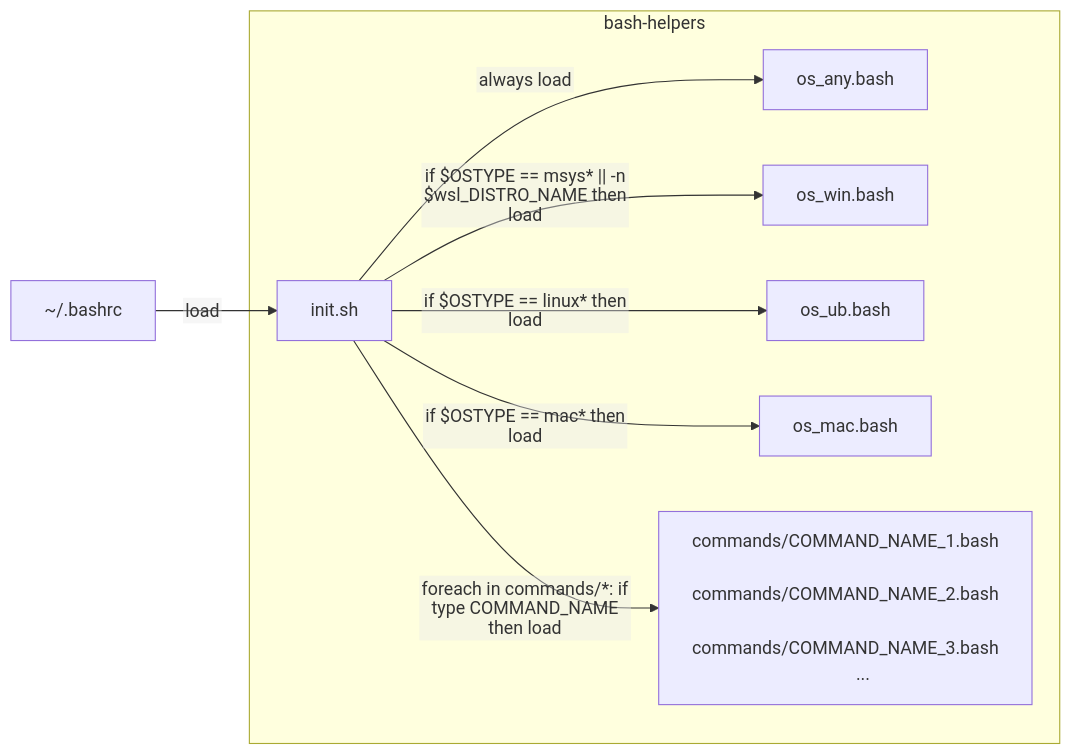
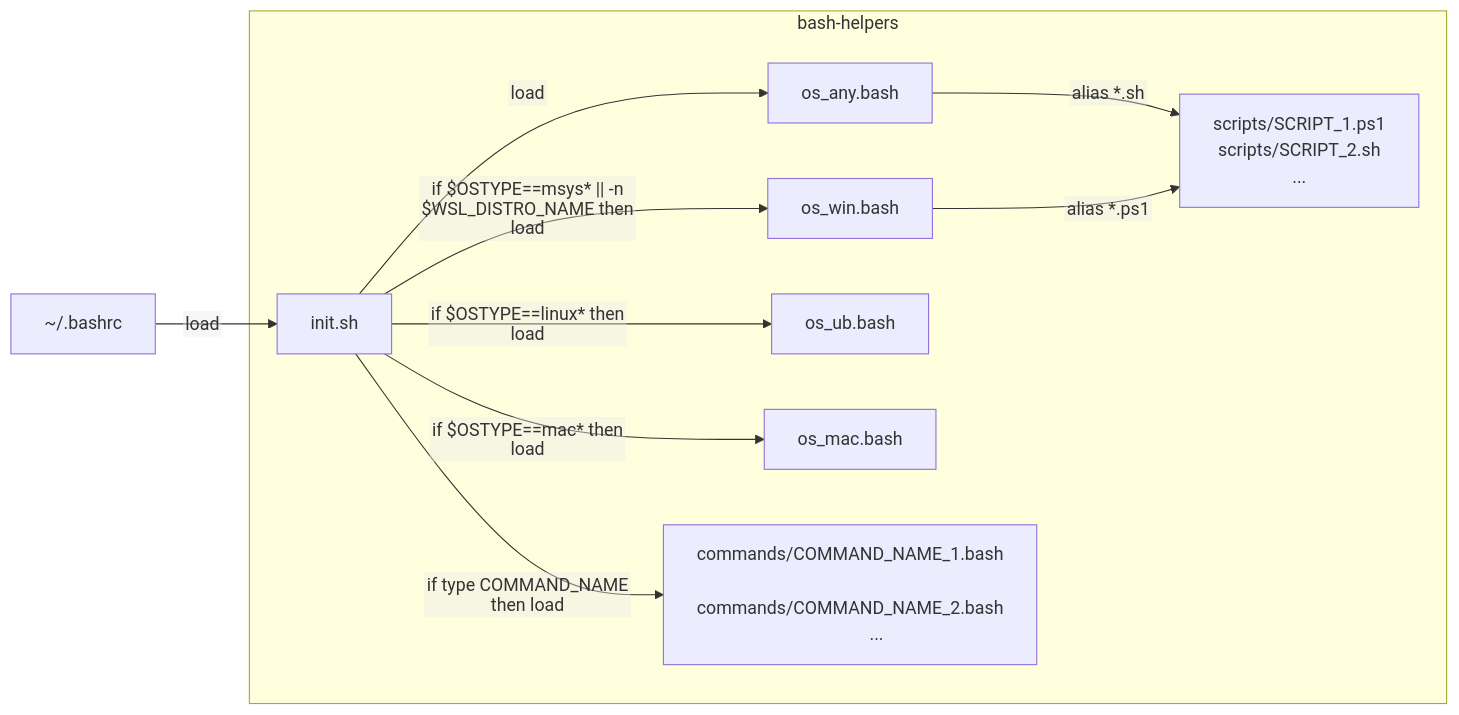
The diagram in README.md (alanlivio/ps-sh-helpers), drawn with Mermaid before and after one commit. The commit also changed 3 other files, not shown here.

````diff
--- a/README.md
+++ b/README.md
@@ -8,24 +8,30 @@
 ```mermaid
 %%{init: {"flowchart": {"htmlLabels": false}} }%%
 flowchart LR
     bashrc["~/.bashrc"]
     subgraph bash-helpers
-    init["init.sh"]
-    any["os_any.bash"]
-    win["os_win.bash"]
-    ubu["os_ub.bash"]
-    mac["os_mac.bash"]
-    command-dependent["
-        commands/COMMAND_NAME_1.bash
-        commands/COMMAND_NAME_2.bash
-        commands/COMMAND_NAME_3.bash
-        ...
-    "]
+        init["init.sh"]
+        any["os_any.bash"]
+        win["os_win.bash"]
+        ubu["os_ub.bash"]
+        mac["os_mac.bash"]
+        command-dependent["
+            commands/COMMAND_NAME_1.bash
+            commands/COMMAND_NAME_2.bash
+            ...
+        "]
+        scripts["
+            scripts/SCRIPT_1.ps1
+            scripts/SCRIPT_2.sh
+            ...
+        "]
     end
     bashrc --> |"load"| init
-    init --> |"always load"|any
-    init --> |"if $OSTYPE == msys* || -n $wsl_DISTRO_NAME then load"|win
-    init --> |"if $OSTYPE == linux* then load"|ubu
-    init --> |"if $OSTYPE == mac* then load"|mac
-    init --> |"foreach in commands/*: if type COMMAND_NAME then load"|command-dependent
+    init --> |"load"| any
+    any --> |"alias *.sh"| scripts
+    win --> |"alias *.ps1"| scripts
+    init --> |"if $OSTYPE==msys* || -n $WSL_DISTRO_NAME then load"| win
+    init --> |"if $OSTYPE==linux* then load"| ubu
+    init --> |"if $OSTYPE==mac* then load"| mac
+    init --> |"if type COMMAND_NAME then load"| command-dependent
 ```
````
